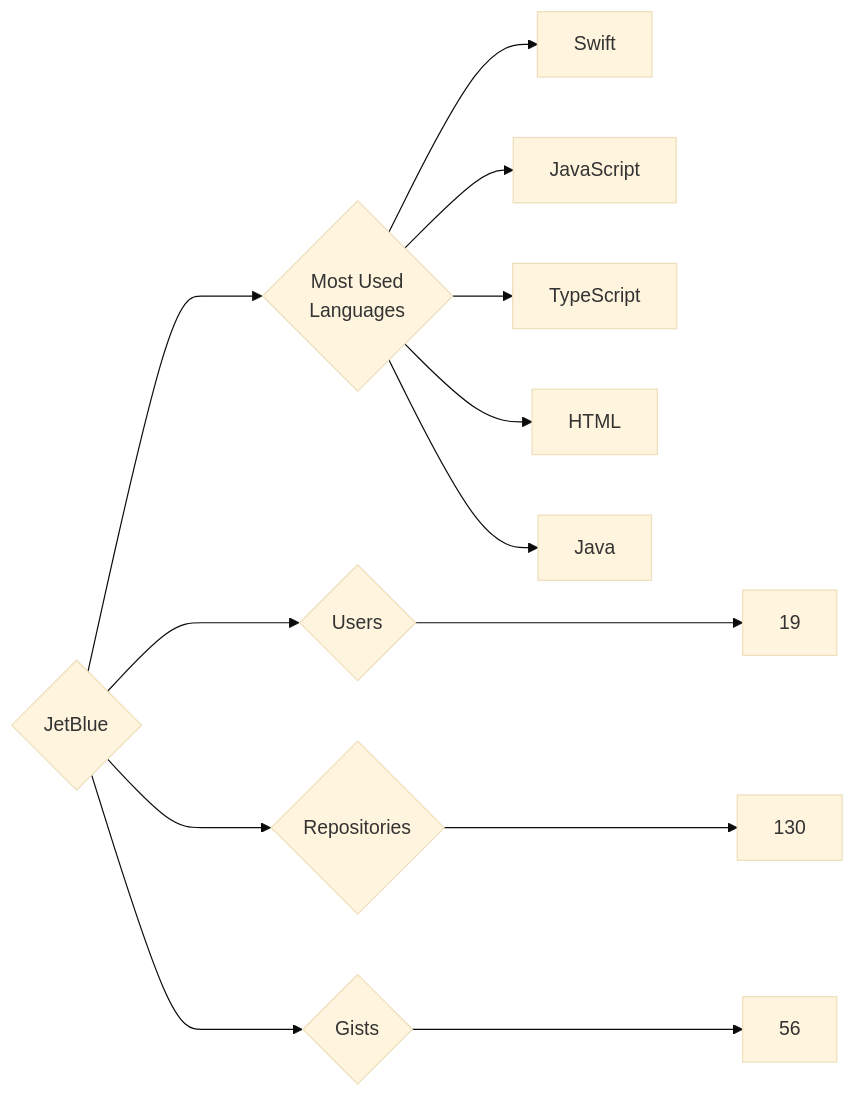
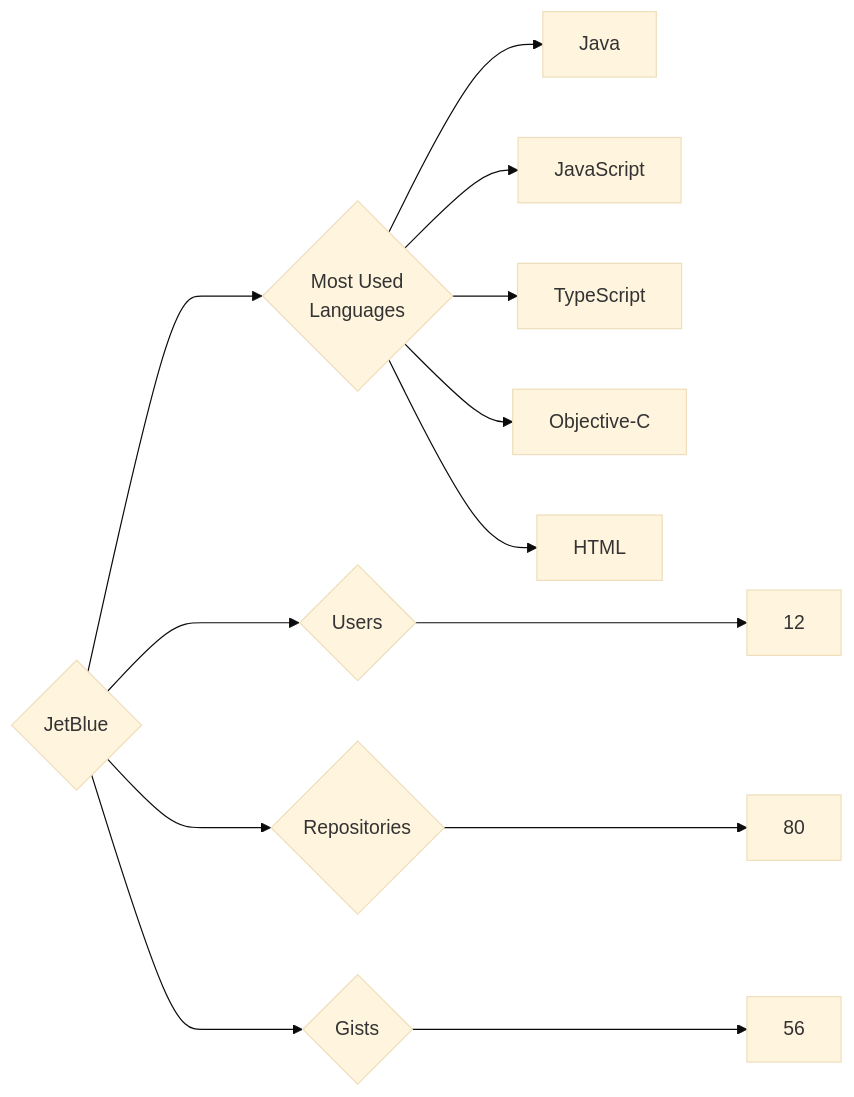
The diagram in targets/JetBlue/README.md (trickest/insiders), drawn with Mermaid (base theme) before and after one commit. The commit also changed 894 other files, not shown here.

````diff
--- a/targets/JetBlue/README.md
+++ b/targets/JetBlue/README.md
@@ -3,13 +3,13 @@
 ```mermaid
 graph LR
 COMPANY_NAME{JetBlue}
-COMPANY_NAME ---> U{Users} ---> UN[19]
-COMPANY_NAME ---> R{Repositories} ---> RN[130]
+COMPANY_NAME ---> U{Users} ---> UN[12]
+COMPANY_NAME ---> R{Repositories} ---> RN[80]
 COMPANY_NAME ---> G{Gists} ---> GN[56]
 COMPANY_NAME ---> ML{Most Used<br>Languages}
-ML --> Swift[Swift]
+ML --> Java[Java]
 ML --> JavaScript[JavaScript]
 ML --> TypeScript[TypeScript]
+ML --> Objective-C[Objective-C]
 ML --> HTML[HTML]
-ML --> Java[Java]
 ```
````
